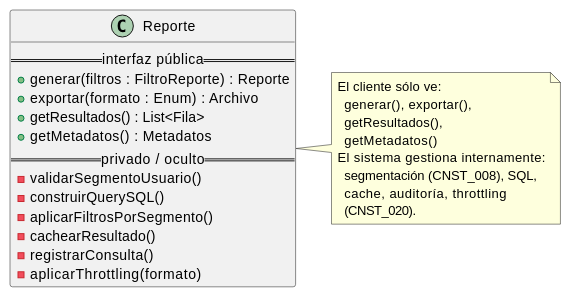
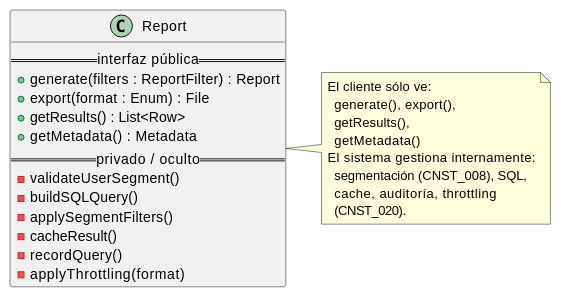
Before and after one commit to jcg-admin/IACT-docs: the diagram in source/requisitos/_metodologia-aplicacion/orientacion-objetos/clase-reporte-uc-rpt.rst, drawn with PlantUML. The commit also changed 6 other files, not shown here.

```diff
--- a/source/requisitos/_metodologia-aplicacion/orientacion-objetos/clase-reporte-uc-rpt.rst
+++ b/source/requisitos/_metodologia-aplicacion/orientacion-objetos/clase-reporte-uc-rpt.rst
@@ -4,29 +4,29 @@
 .. uml::
 
    @startuml
 
-   class Reporte {
+   class Report {
      == interfaz pública ==
-     + generar(filtros : FiltroReporte) : Reporte
-     + exportar(formato : Enum) : Archivo
-     + getResultados() : List<Fila>
-     + getMetadatos() : Metadatos
+     + generate(filters : ReportFilter) : Report
+     + export(format : Enum) : File
+     + getResults() : List<Row>
+     + getMetadata() : Metadata
      == privado / oculto ==
-     - validarSegmentoUsuario()
-     - construirQuerySQL()
-     - aplicarFiltrosPorSegmento()
-     - cachearResultado()
-     - registrarConsulta()
-     - aplicarThrottling(formato)
+     - validateUserSegment()
+     - buildSQLQuery()
+     - applySegmentFilters()
+     - cacheResult()
+     - recordQuery()
+     - applyThrottling(format)
    }
-   note right of Reporte
+   note right of Report
      El cliente sólo ve:
-       generar(), exportar(),
-       getResultados(),
-       getMetadatos()
+       generate(), export(),
+       getResults(),
+       getMetadata()
      El sistema gestiona internamente:
        segmentación (CNST_008), SQL,
        cache, auditoría, throttling
        (CNST_020).
    end note
    @enduml
```
